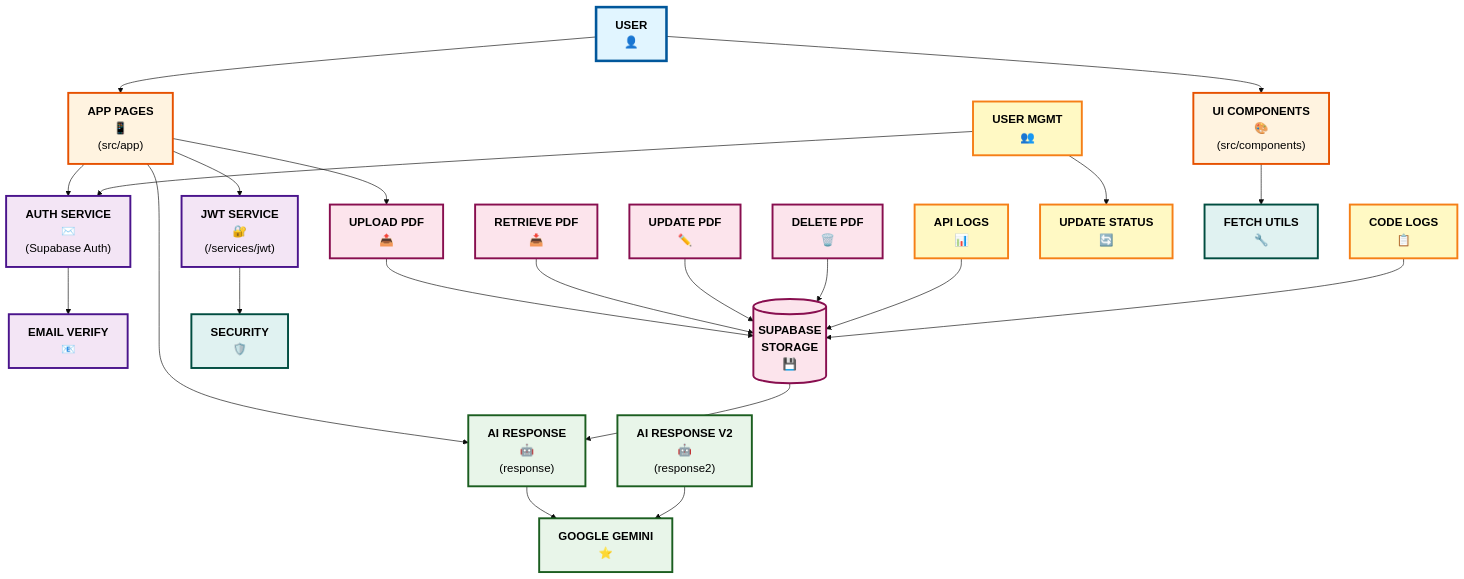
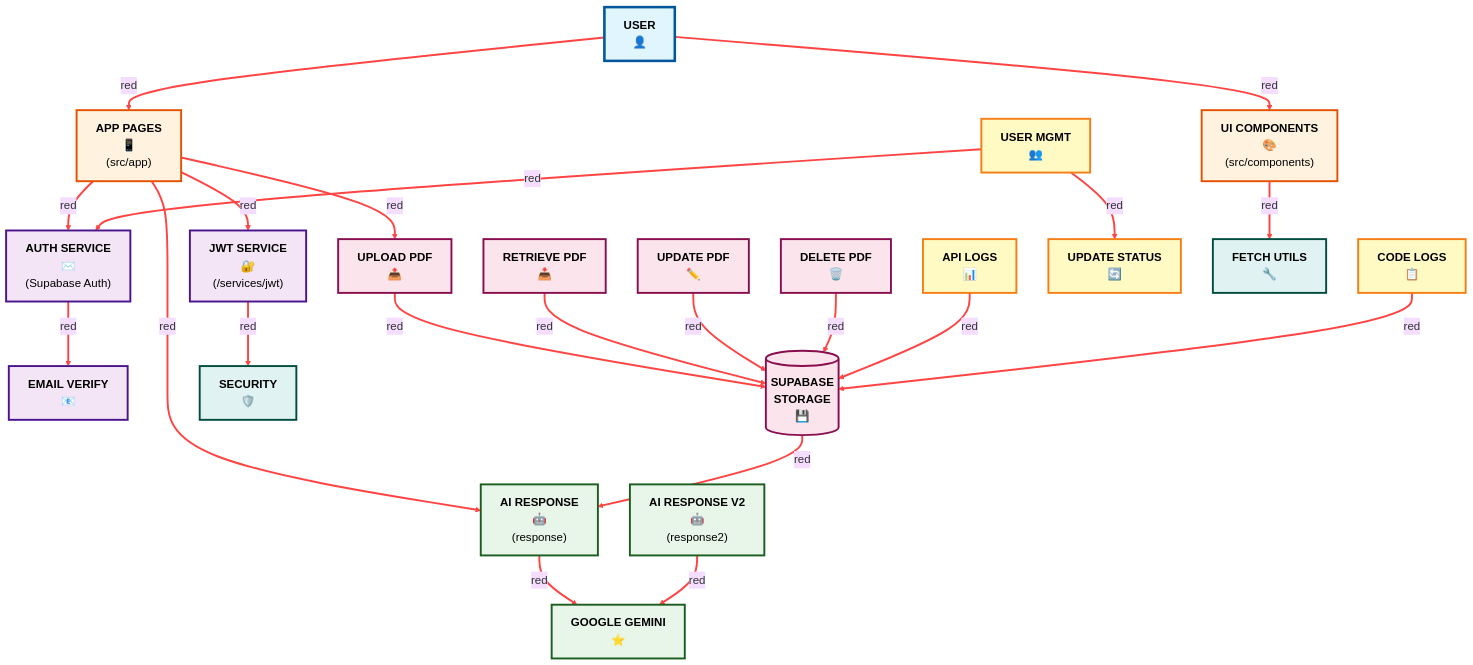
The diagram in README.md (cordyStackX/lccb_ai_2), drawn with Mermaid before and after one commit.

Commit message:
feat: enhance architecture diagram in README with improved color coding for better visual clarity

````diff
--- a/README.md
+++ b/README.md
@@ -71,5 +71,5 @@
 ```mermaid
-%%{init: {'theme':'base', 'themeVariables': {'fontSize':'18px', 'fontFamily':'arial'}}}%%
+%%{init: {'theme':'base', 'themeVariables': {'fontSize':'18px', 'fontFamily':'arial', 'lineColor':'#ff4444', 'primaryBorderColor':'#ff4444'}}}%%
 flowchart TD
     %% ===== User Interface =====
     User["<b>USER</b><br/>👤"]
@@ -106,36 +106,37 @@
     Fetch_Utils["<b>FETCH UTILS</b><br/>🔧"]
     
     %% ===== Flow Connections =====
-    User --> UI_Pages
-    User --> UI_Components
+    User -->|red| UI_Pages
+    User -->|red| UI_Components
     
-    UI_Pages --> JWT_Service
-    UI_Pages --> Auth_Service
-    UI_Pages --> AI_Response
-    UI_Pages --> Upload_PDF
+    UI_Pages -->|red| JWT_Service
+    UI_Pages -->|red| Auth_Service
+    UI_Pages -->|red| AI_Response
+    UI_Pages -->|red| Upload_PDF
     
-    UI_Components --> Fetch_Utils
+    UI_Components -->|red| Fetch_Utils
     
-    JWT_Service --> Security_Helper
-    Auth_Service --> Email_Verification
+    JWT_Service -->|red| Security_Helper
+    Auth_Service -->|red| Email_Verification
     
-    AI_Response --> Gemini_API
-    AI_Response2 --> Gemini_API
+    AI_Response -->|red| Gemini_API
+    AI_Response2 -->|red| Gemini_API
     
-    Manage_User --> Auth_Service
-    Manage_User --> Update_Status
+    Manage_User -->|red| Auth_Service
+    Manage_User -->|red| Update_Status
     
-    Upload_PDF --> Storage
-    Retrieve_PDF --> Storage
-    Update_PDF --> Storage
-    Delete_PDF --> Storage
+    Upload_PDF -->|red| Storage
+    Retrieve_PDF -->|red| Storage
+    Update_PDF -->|red| Storage
+    Delete_PDF -->|red| Storage
     
-    API_Logs --> Storage
-    Code_Logs --> Storage
+    API_Logs -->|red| Storage
+    Code_Logs -->|red| Storage
     
-    Storage --> AI_Response
+    Storage -->|red| AI_Response
     
     %% ===== Styling =====
+    linkStyle default stroke:#ff4444,stroke-width:3px
     classDef userStyle fill:#e1f5ff,stroke:#01579b,stroke-width:4px,color:#000
     classDef uiStyle fill:#fff3e0,stroke:#e65100,stroke-width:3px,color:#000
     classDef authStyle fill:#f3e5f5,stroke:#4a148c,stroke-width:3px,color:#000
````
